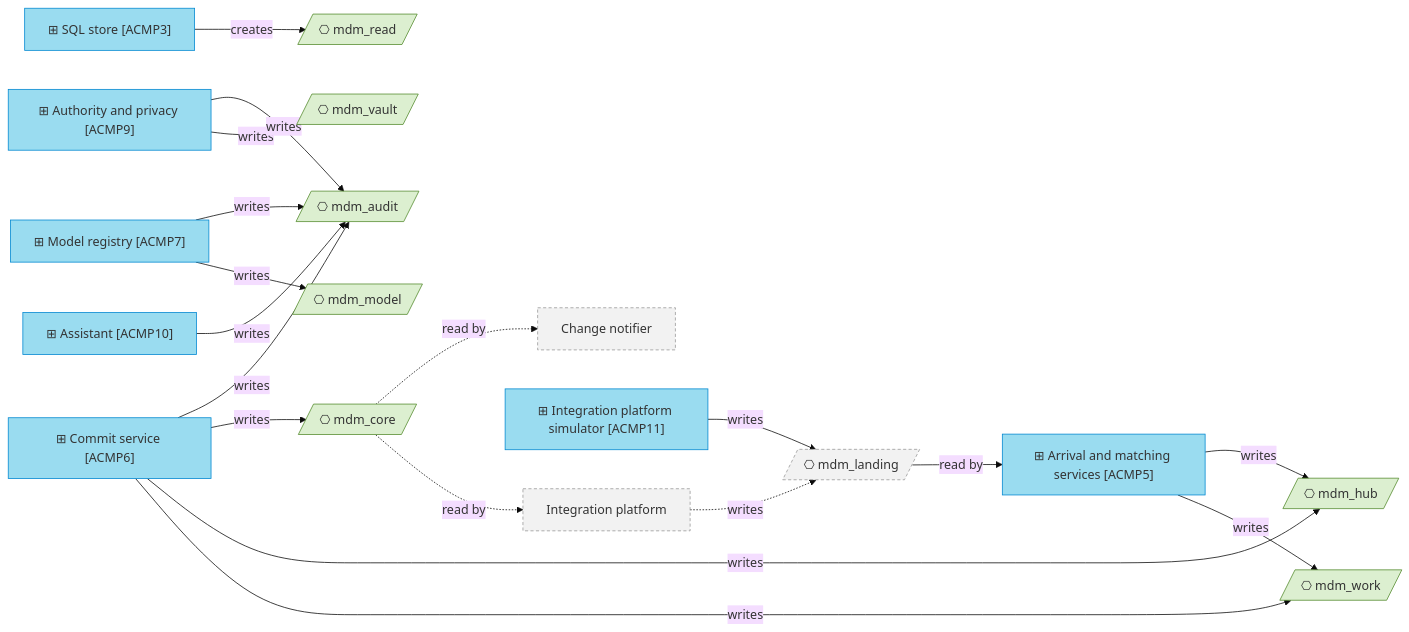
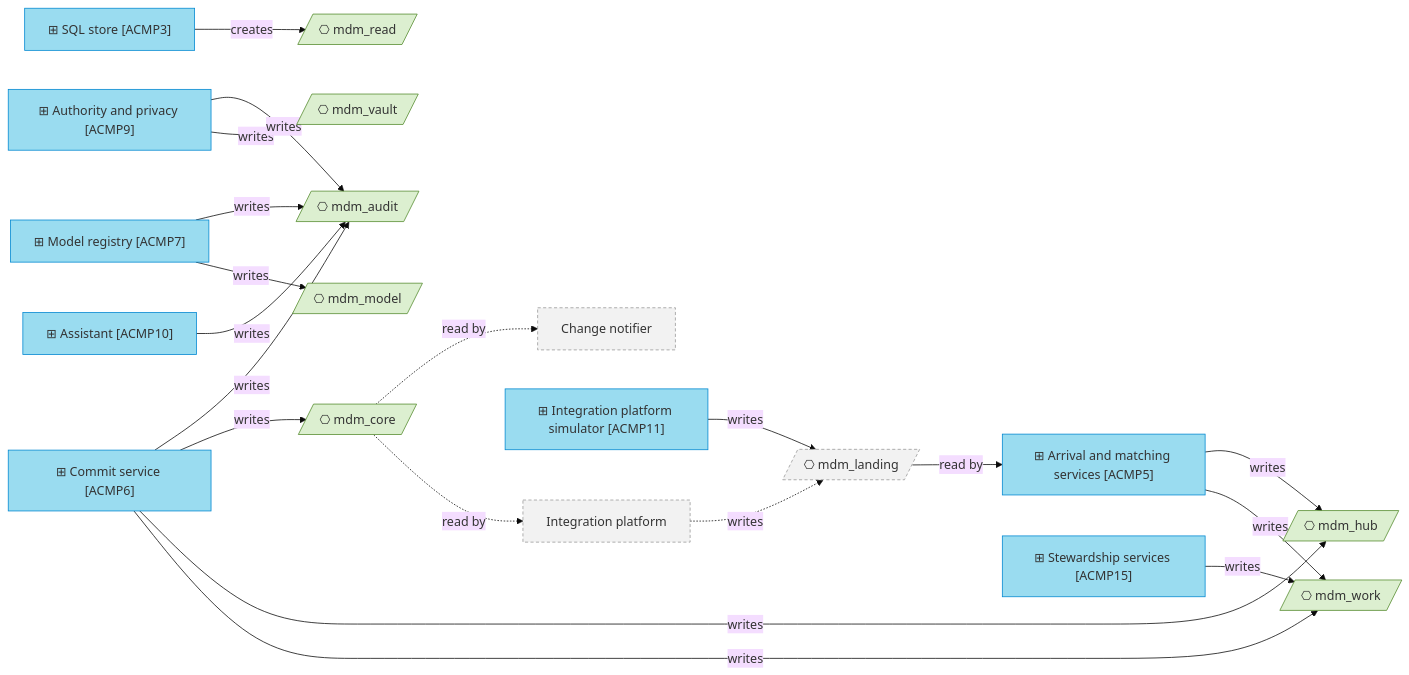
One commit to roanboc/dbx-master-data-manager changed the diagram in architecture/3_information/4_data-architecture.md. Above: the diagram before and after it, drawn with Mermaid (base theme). The commit also changed other lines of this file and 43 other files, not shown here.

````diff
--- a/architecture/3_information/4_data-architecture.md
+++ b/architecture/3_information/4_data-architecture.md
@@ -11,43 +11,45 @@
 ```mermaid
 flowchart LR
   ip["Integration platform"]:::external
   acmp11["⊞ Integration platform simulator [ACMP11]"]:::component
   acmp7["⊞ Model registry [ACMP7]"]:::component
   acmp5["⊞ Arrival and matching services [ACMP5]"]:::component
   acmp6["⊞ Commit service [ACMP6]"]:::component
   acmp9["⊞ Authority and privacy [ACMP9]"]:::component
   acmp10["⊞ Assistant [ACMP10]"]:::component
+  acmp15["⊞ Stewardship services [ACMP15]"]:::component
   acmp3["⊞ SQL store [ACMP3]"]:::component
 
   model[/"⎔ mdm_model"/]:::technology
   landing[/"⎔ mdm_landing"/]:::external
   work[/"⎔ mdm_work"/]:::technology
   hub[/"⎔ mdm_hub"/]:::technology
   vault[/"⎔ mdm_vault"/]:::technology
   core[/"⎔ mdm_core"/]:::technology
   read[/"⎔ mdm_read"/]:::technology
   audit[/"⎔ mdm_audit"/]:::technology
   cn["Change notifier"]:::external
 
   ip -.->|writes| landing
   acmp11 -->|writes| landing
   landing -->|read by| acmp5
   acmp7 -->|writes| model
   acmp7 -->|writes| audit
   acmp5 -->|writes| work
   acmp5 -->|writes| hub
   acmp6 -->|writes| work
   acmp6 -->|writes| hub
   acmp6 -->|writes| core
   acmp6 -->|writes| audit
   acmp9 -->|writes| vault
   acmp9 -->|writes| audit
   acmp10 -->|writes| audit
+  acmp15 -->|writes| work
   acmp3 -->|creates| read
   core -.->|read by| ip
   core -.->|read by| cn
 
   classDef component fill:#9adcf0,stroke:#0288d1,color:#333
   classDef technology fill:#dcefd0,stroke:#558b2f,color:#333
   classDef external fill:#f2f2f2,stroke:#999999,color:#333,stroke-dasharray: 4 3
 ```
````
